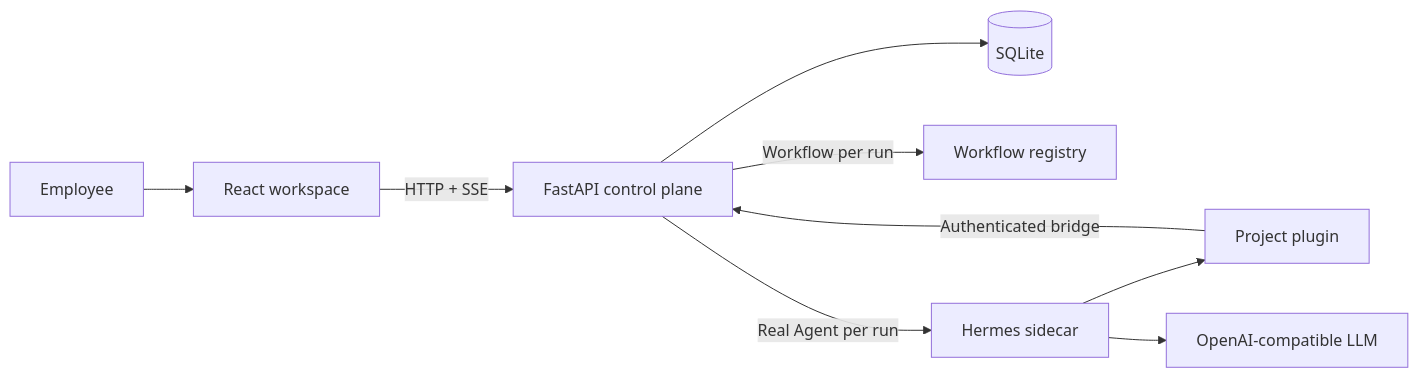
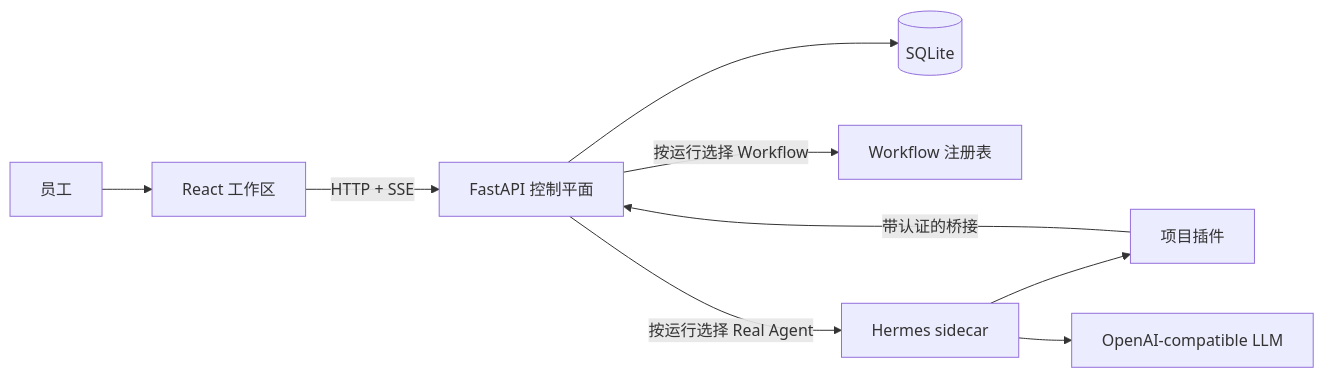
Before and after one commit to zcloveyou2333/zc-agent-desk: the diagram in docs/ARCHITECTURE.md, drawn with Mermaid. The commit also changed other lines of this file and 3 other files, not shown here.

Commit message:
docs: translate architecture and decisions

````diff
--- a/docs/ARCHITECTURE.md
+++ b/docs/ARCHITECTURE.md
@@ -5,11 +5,11 @@
 ```mermaid
 flowchart LR
-    U[Employee] --> R[React workspace]
-    R -->|HTTP + SSE| F[FastAPI control plane]
+    U[员工] --> R[React 工作区]
+    R -->|HTTP + SSE| F[FastAPI 控制平面]
     F --> S[(SQLite)]
-    F -->|Workflow per run| M[Workflow registry]
-    F -->|Real Agent per run| H[Hermes sidecar]
-    H --> P[Project plugin]
-    P -->|Authenticated bridge| F
+    F -->|按运行选择 Workflow| M[Workflow 注册表]
+    F -->|按运行选择 Real Agent| H[Hermes sidecar]
+    H --> P[项目插件]
+    P -->|带认证的桥接| F
     H --> L[OpenAI-compatible LLM]
 ```
````
